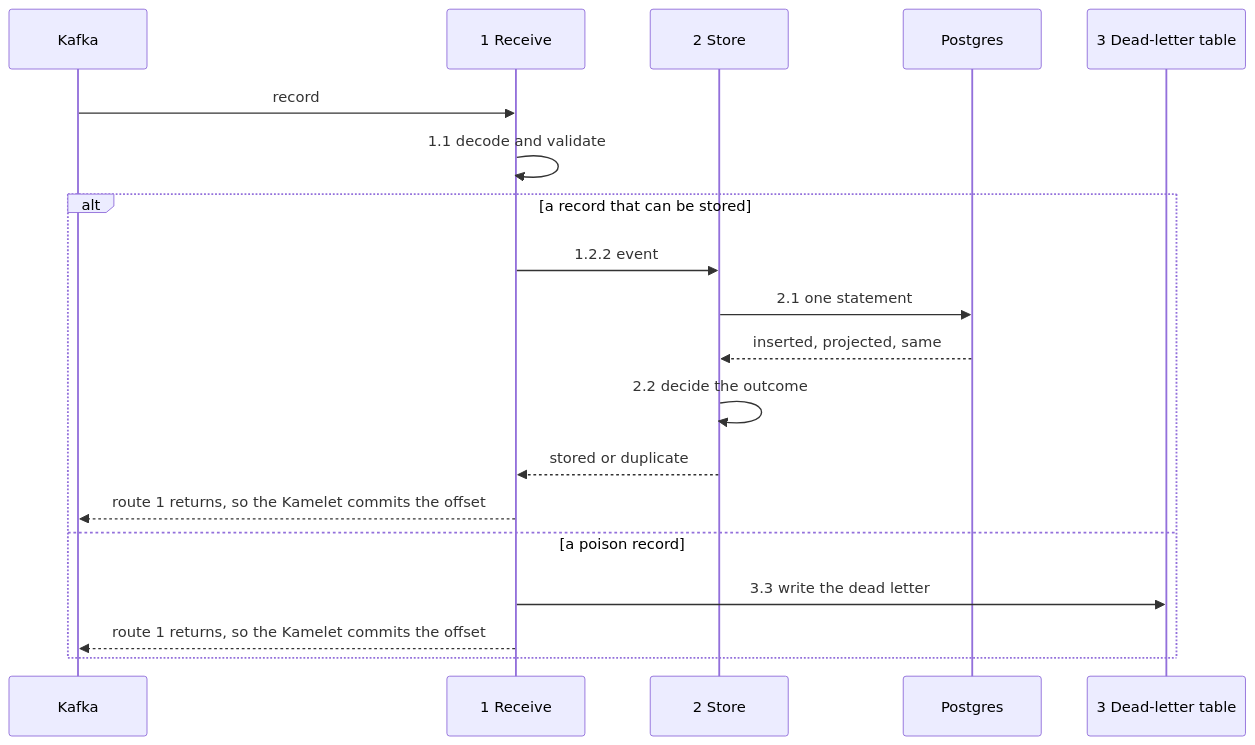
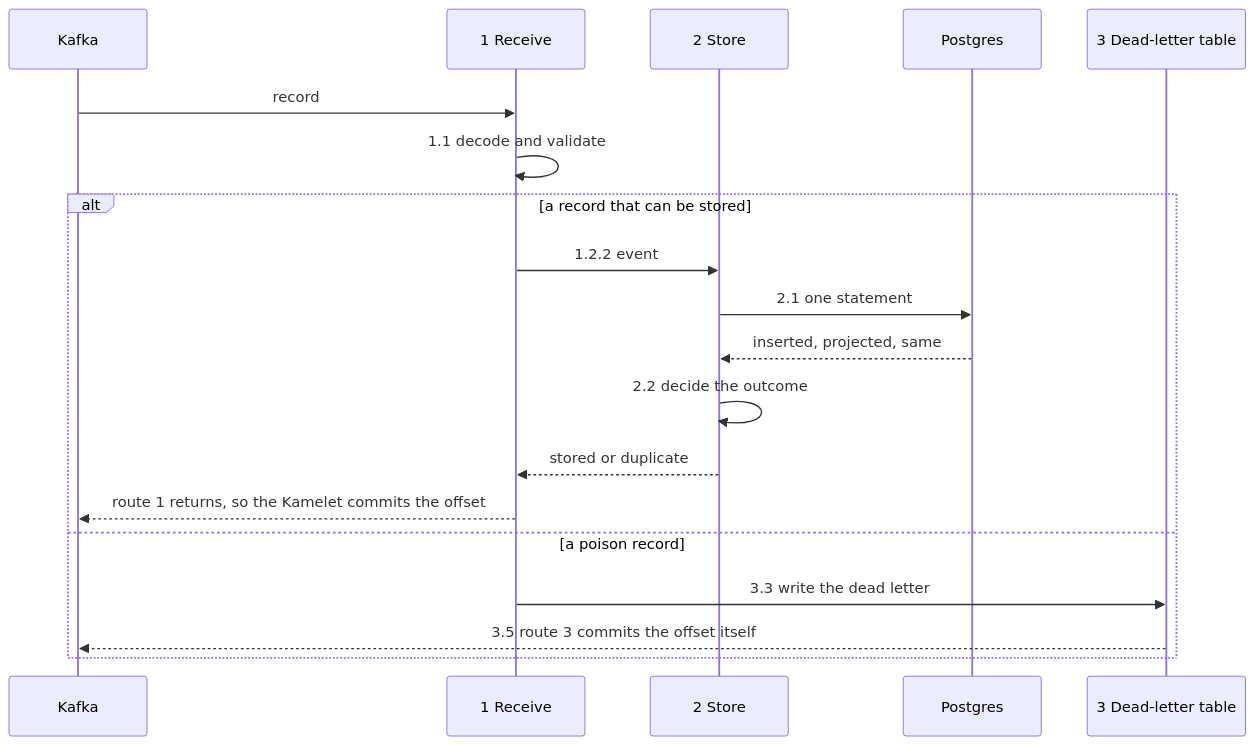
Before and after one commit to m-almeida-p/ms-ml-conv-history-consumer: the fifth of 5 diagrams in docs/design.md, drawn with Mermaid. The commit also changed other lines of this file and 10 other files, not shown here.

````diff
--- a/docs/design.md
+++ b/docs/design.md
@@ -161,22 +163,22 @@
 ```mermaid
 sequenceDiagram
     participant K as Kafka
     participant R as 1 Receive
     participant S as 2 Store
     participant P as Postgres
     participant L as 3 Dead-letter table
 
     K->>R: record
     R->>R: 1.1 decode and validate
     alt a record that can be stored
         R->>S: 1.2.2 event
         S->>P: 2.1 one statement
         P-->>S: inserted, projected, same
         S->>S: 2.2 decide the outcome
         S-->>R: stored or duplicate
         R-->>K: route 1 returns, so the Kamelet commits the offset
     else a poison record
         R->>L: 3.3 write the dead letter
-        R-->>K: route 1 returns, so the Kamelet commits the offset
+        L-->>K: 3.5 route 3 commits the offset itself
     end
 ```
````
